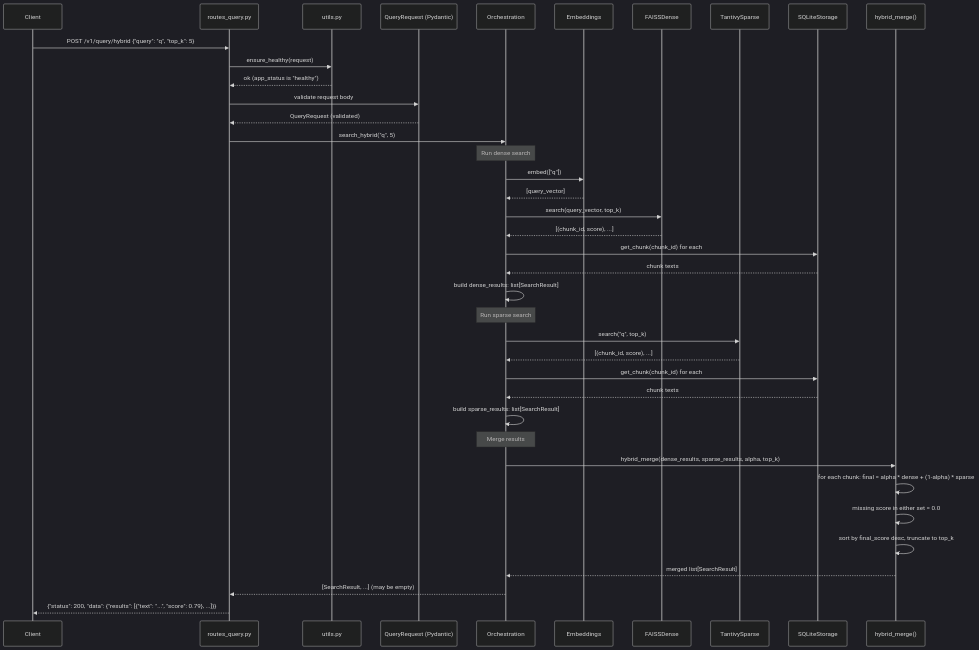
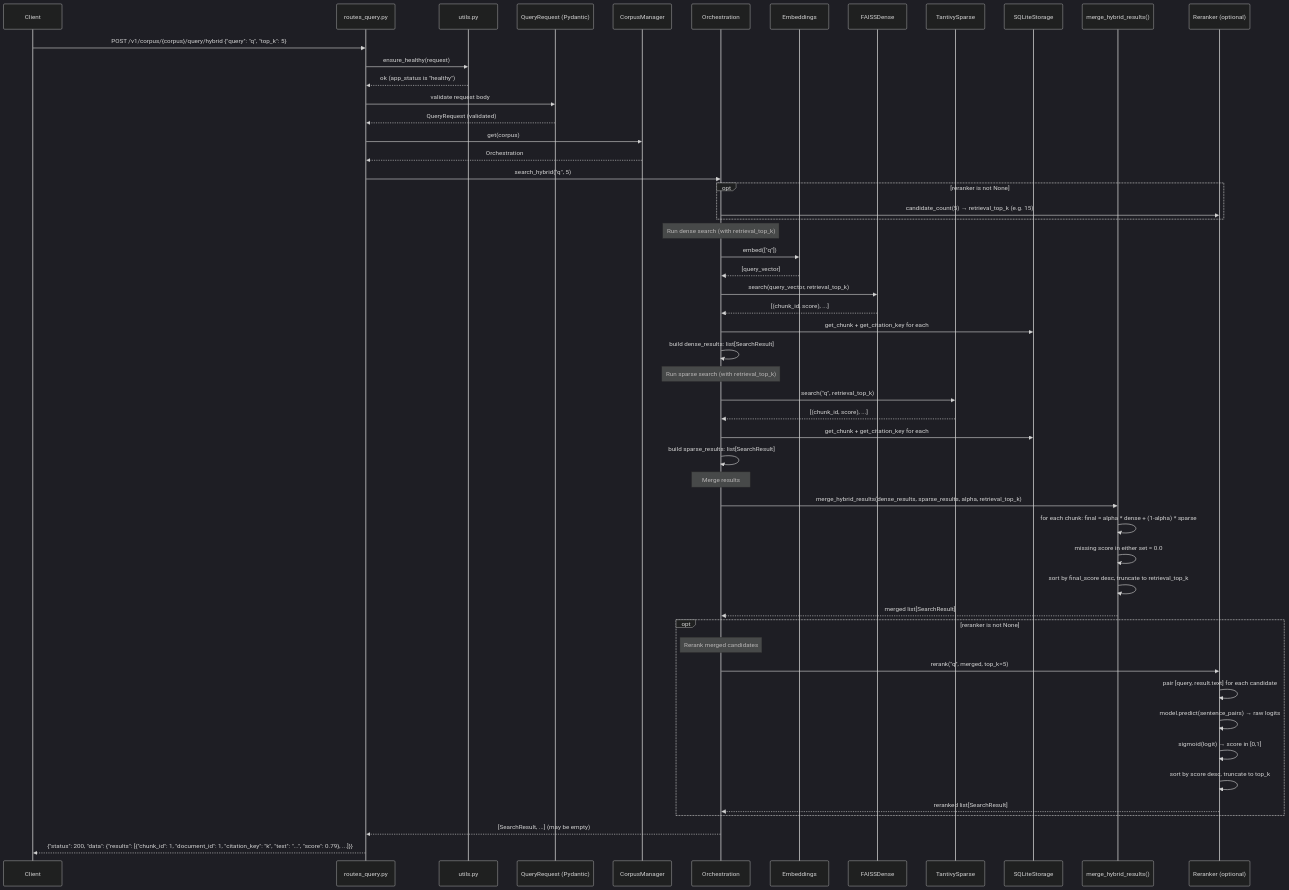
One commit to florianbuetow/mini-rag changed the seventh of 10 diagrams in docs/SPECIFICATION-DATA-FLOW.md. Above: the diagram before and after it, drawn with Mermaid (dark theme). The commit also changed other lines of this file and 2 other files, not shown here.

First line of the commit message:
Update specification docs for citations, reranking, and multi-corpus

````diff
--- a/docs/SPECIFICATION-DATA-FLOW.md
+++ b/docs/SPECIFICATION-DATA-FLOW.md
@@ -487,46 +596,62 @@
 ```mermaid
 sequenceDiagram
     participant C as Client
     participant R as routes_query.py
     participant U as utils.py
     participant PM as QueryRequest (Pydantic)
+    participant CM as CorpusManager
     participant O as Orchestration
     participant E as Embeddings
     participant D as FAISSDense
     participant SP as TantivySparse
     participant ST as SQLiteStorage
-    participant HY as hybrid_merge()
+    participant HY as merge_hybrid_results()
+    participant RR as Reranker (optional)
 
-    C->>R: POST /v1/query/hybrid {"query": "q", "top_k": 5}
+    C->>R: POST /v1/corpus/{corpus}/query/hybrid {"query": "q", "top_k": 5}
     R->>U: ensure_healthy(request)
     U-->>R: ok (app_status is "healthy")
     R->>PM: validate request body
     PM-->>R: QueryRequest (validated)
+    R->>CM: get(corpus)
+    CM-->>R: Orchestration
     R->>O: search_hybrid("q", 5)
 
-    Note over O: Run dense search
+    opt reranker is not None
+        O->>RR: candidate_count(5) → retrieval_top_k (e.g. 15)
+    end
+
+    Note over O: Run dense search (with retrieval_top_k)
     O->>E: embed(["q"])
     E-->>O: [query_vector]
-    O->>D: search(query_vector, top_k)
+    O->>D: search(query_vector, retrieval_top_k)
     D-->>O: [(chunk_id, score), ...]
-    O->>ST: get_chunk(chunk_id) for each
-    ST-->>O: chunk texts
+    O->>ST: get_chunk + get_citation_key for each
     O->>O: build dense_results: list[SearchResult]
 
-    Note over O: Run sparse search
-    O->>SP: search("q", top_k)
+    Note over O: Run sparse search (with retrieval_top_k)
+    O->>SP: search("q", retrieval_top_k)
     SP-->>O: [(chunk_id, score), ...]
-    O->>ST: get_chunk(chunk_id) for each
-    ST-->>O: chunk texts
+    O->>ST: get_chunk + get_citation_key for each
     O->>O: build sparse_results: list[SearchResult]
 
     Note over O: Merge results
-    O->>HY: hybrid_merge(dense_results, sparse_results, alpha, top_k)
+    O->>HY: merge_hybrid_results(dense_results, sparse_results, alpha, retrieval_top_k)
     HY->>HY: for each chunk: final = alpha * dense + (1-alpha) * sparse
     HY->>HY: missing score in either set = 0.0
-    HY->>HY: sort by final_score desc, truncate to top_k
+    HY->>HY: sort by final_score desc, truncate to retrieval_top_k
     HY-->>O: merged list[SearchResult]
 
+    opt reranker is not None
+        Note over O: Rerank merged candidates
+        O->>RR: rerank("q", merged, top_k=5)
+        RR->>RR: pair [query, result.text] for each candidate
+        RR->>RR: model.predict(sentence_pairs) → raw logits
+        RR->>RR: sigmoid(logit) → score in [0,1]
+        RR->>RR: sort by score desc, truncate to top_k
+        RR-->>O: reranked list[SearchResult]
+    end
+
     O-->>R: [SearchResult, ...] (may be empty)
-    R-->>C: {"status": 200, "data": {"results": [{"text": "...", "score": 0.79}, ...]}}
+    R-->>C: {"status": 200, "data": {"results": [{"chunk_id": 1, "document_id": 1, "citation_key": "k", "text": "...", "score": 0.79}, ...]}}
 ```
````
